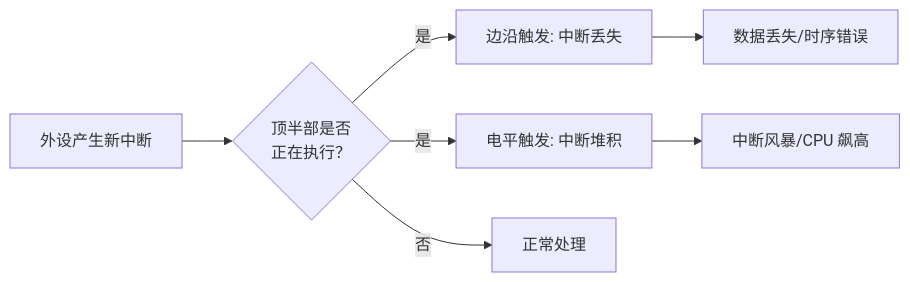
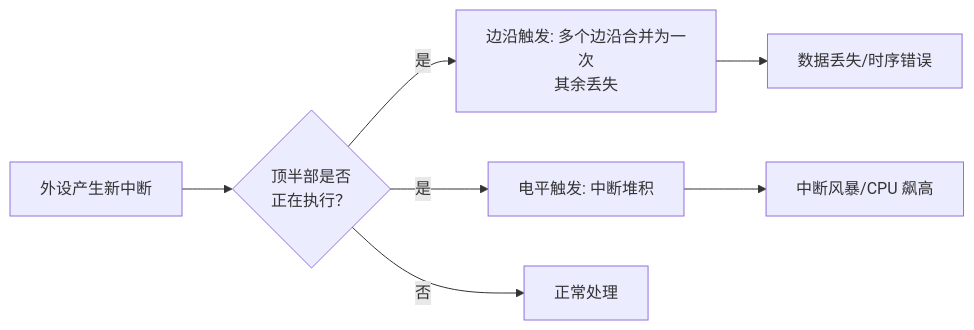
Before and after one commit to xiaohong0925/Embedded_Knowledge_System_V2026: the diagram in docs/02-核心机制深度解析/第10章 中断与时间/10.2.3_顶半部执行过长的后果与irqsoff_tracer.md, drawn with Mermaid. The commit also changed other lines of this file and 65 other files, not shown here.

````diff
--- a/docs/02-核心机制深度解析/第10章 中断与时间/10.2.3_顶半部执行过长的后果与irqsoff_tracer.md
+++ b/docs/02-核心机制深度解析/第10章 中断与时间/10.2.3_顶半部执行过长的后果与irqsoff_tracer.md
@@ -29,9 +24,9 @@
 ```mermaid
 graph LR
     A[外设产生新中断] --> B{顶半部是否<br/>正在执行？}
-    B -->|是| C[边沿触发: 中断丢失]
+    B -->|是| C[边沿触发: 多个边沿合并为一次<br/>其余丢失]
     B -->|是| D[电平触发: 中断堆积]
     C --> E[数据丢失/时序错误]
     D --> F[中断风暴/CPU 飙高]
     B -->|否| G[正常处理]
 ```
````
